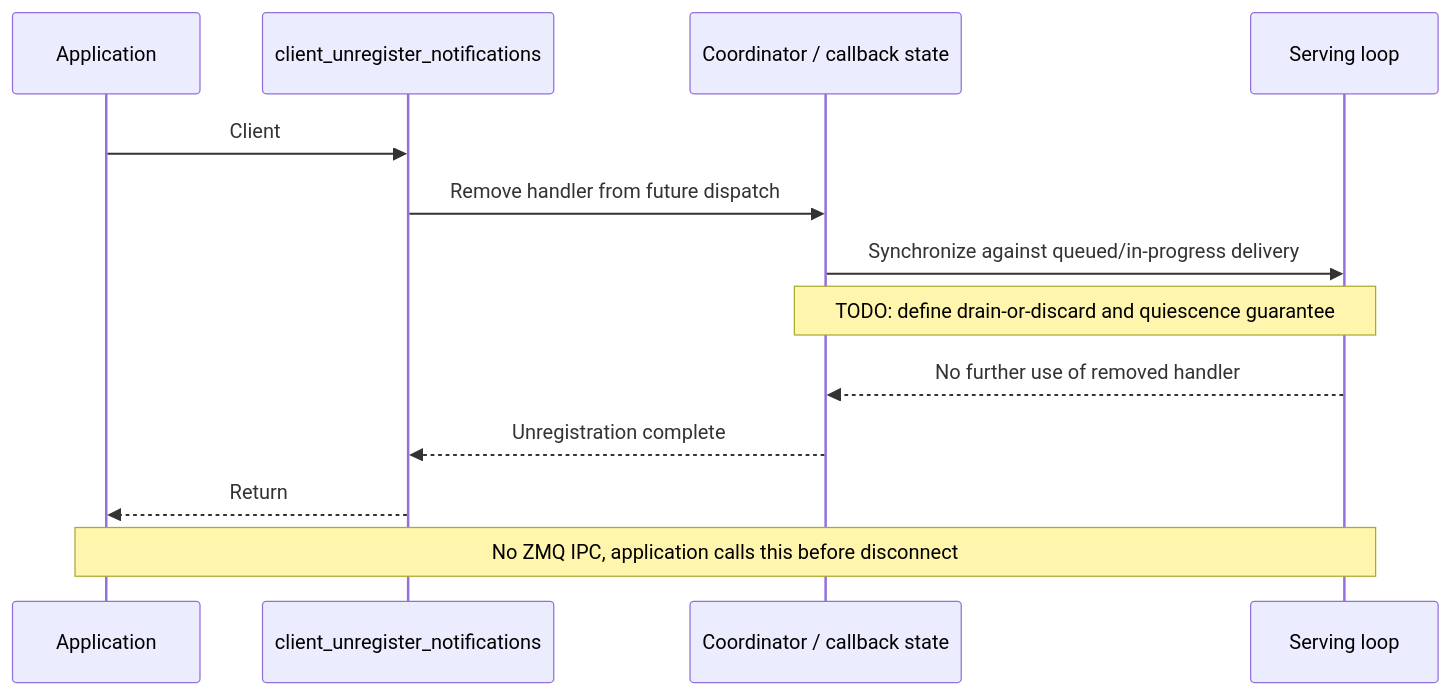
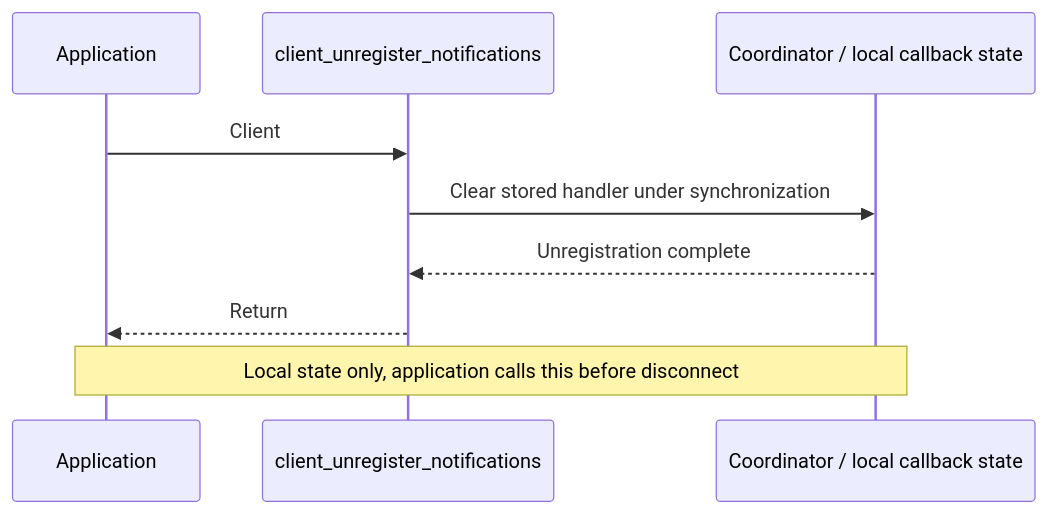
Diagram 13 of 29 in doc/EyilSecureGateway.md (rdkcentral/eyil-secure-gateway), drawn with Mermaid before and after one commit. The commit also changed other lines of this file, not shown here.

````diff
--- a/doc/EyilSecureGateway.md
+++ b/doc/EyilSecureGateway.md
@@ -1575,15 +1637,11 @@
 ```mermaid
 sequenceDiagram
     participant A as Application
     participant API as client_unregister_notifications
-    participant C as Coordinator / callback state
-    participant IO as Serving loop
+    participant C as Coordinator / local callback state
     A->>API: Client
-    API->>C: Remove handler from future dispatch
-    C->>IO: Synchronize against queued/in-progress delivery
-    Note over C,IO: TODO: define drain-or-discard and quiescence guarantee
-    IO-->>C: No further use of removed handler
+    API->>C: Clear stored handler under synchronization
     C-->>API: Unregistration complete
     API-->>A: Return
-    Note over A,IO: No ZMQ IPC, application calls this before disconnect
+    Note over A,C: Local state only, application calls this before disconnect
 ```
````
